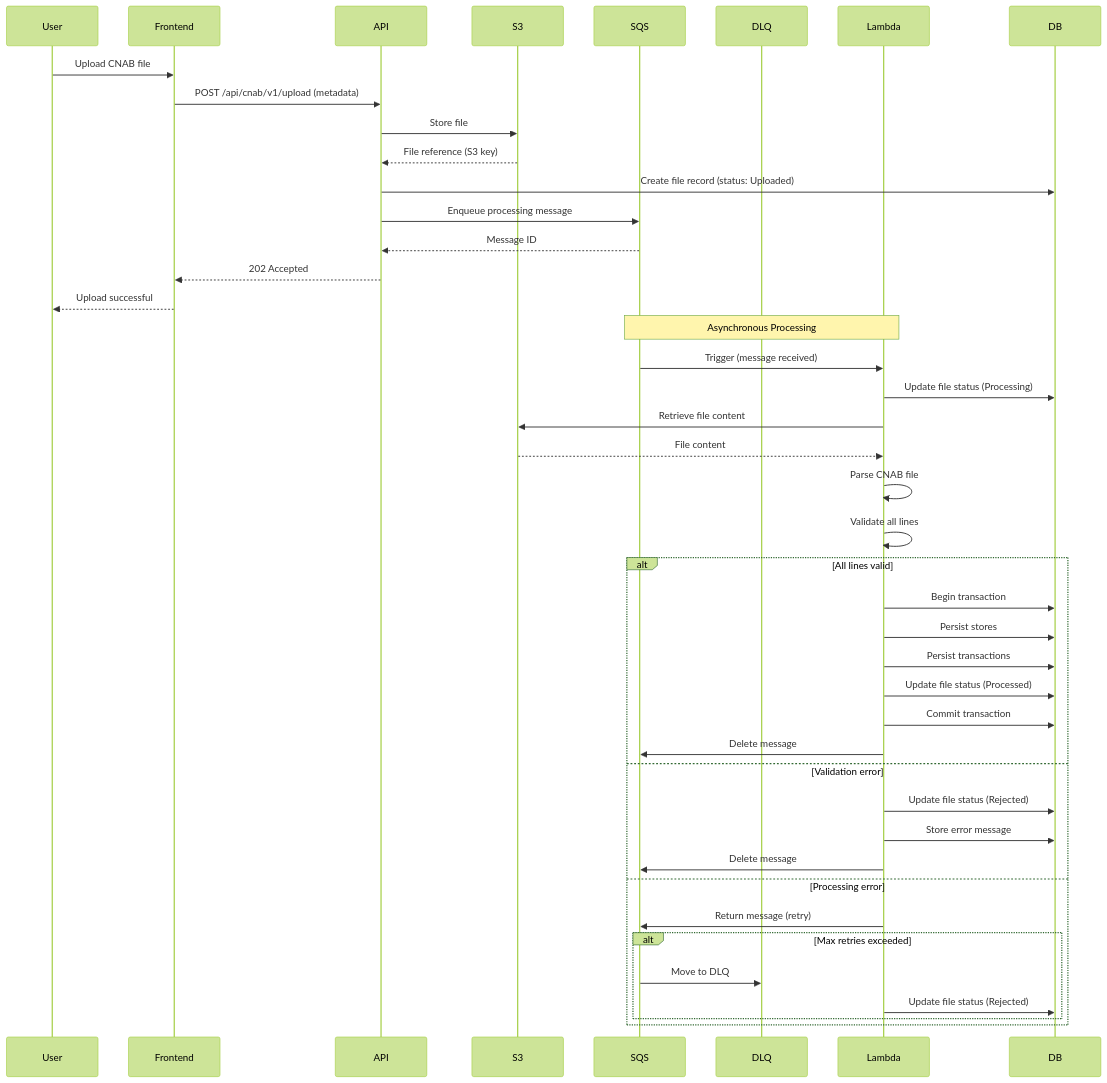
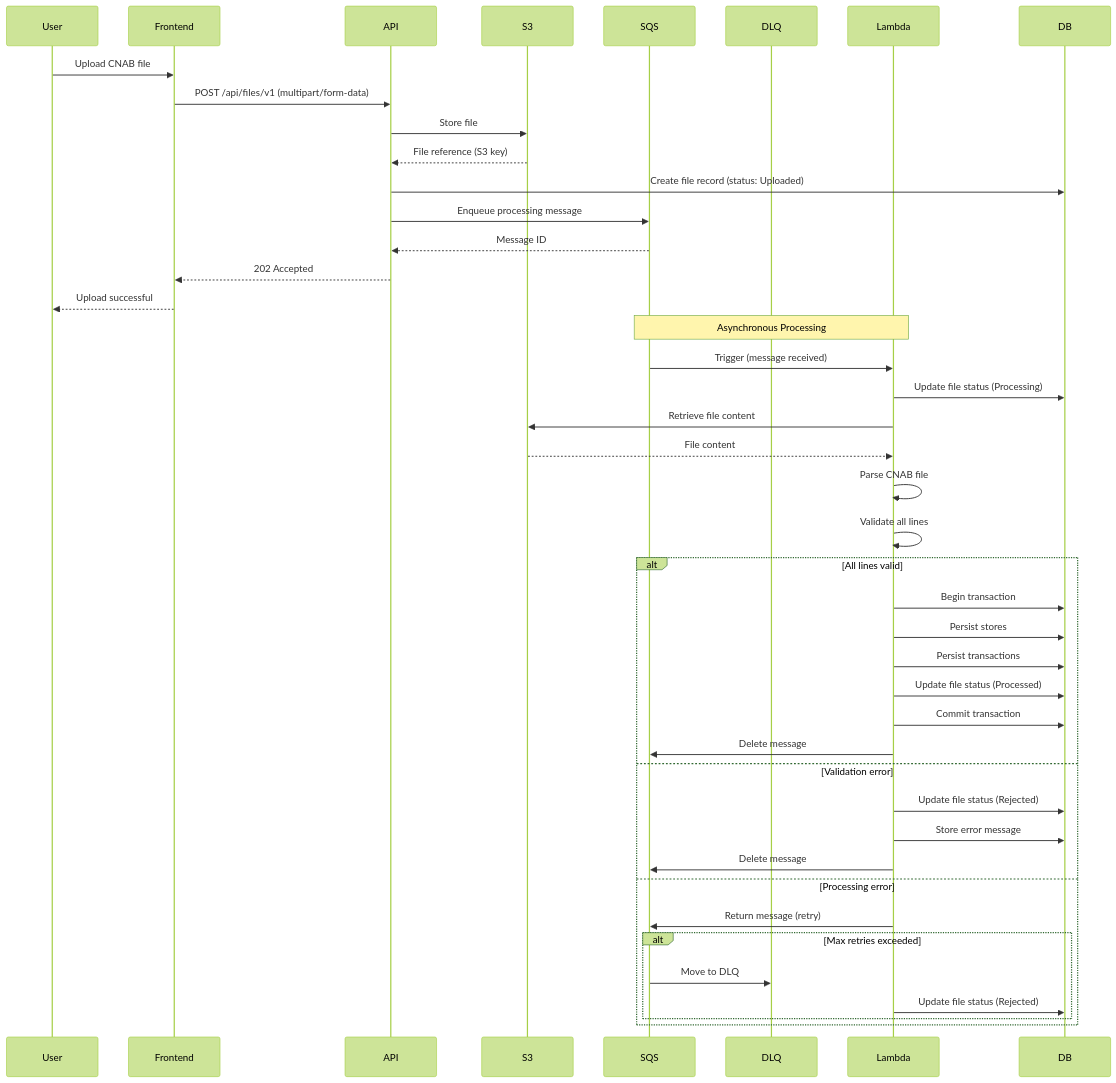
The diagram in docs/async-processing.md (1FabricioAntunes/backend-challenge), drawn with Mermaid (forest theme) before and after one commit. The commit also changed 6 other files, not shown here.

Commit message:
feat: update API endpoint for file upload to /api/files/v1

````diff
--- a/docs/async-processing.md
+++ b/docs/async-processing.md
@@ -18,53 +18,53 @@
 ```mermaid
 sequenceDiagram
     participant User
     participant Frontend
     participant API
     participant S3
     participant SQS
     participant DLQ
     participant Lambda
     participant DB
 
     User->>Frontend: Upload CNAB file
-    Frontend->>API: POST /api/cnab/v1/upload (metadata)
+    Frontend->>API: POST /api/files/v1 (multipart/form-data)
     
     API->>S3: Store file
     S3-->>API: File reference (S3 key)
     
     API->>DB: Create file record (status: Uploaded)
     API->>SQS: Enqueue processing message
     SQS-->>API: Message ID
     
     API-->>Frontend: 202 Accepted
     Frontend-->>User: Upload successful
     
     Note over SQS,Lambda: Asynchronous Processing
     
     SQS->>Lambda: Trigger (message received)
     Lambda->>DB: Update file status (Processing)
     Lambda->>S3: Retrieve file content
     S3-->>Lambda: File content
     
     Lambda->>Lambda: Parse CNAB file
     Lambda->>Lambda: Validate all lines
     
     alt All lines valid
         Lambda->>DB: Begin transaction
         Lambda->>DB: Persist stores
         Lambda->>DB: Persist transactions
         Lambda->>DB: Update file status (Processed)
         Lambda->>DB: Commit transaction
         Lambda->>SQS: Delete message
     else Validation error
         Lambda->>DB: Update file status (Rejected)
         Lambda->>DB: Store error message
         Lambda->>SQS: Delete message
     else Processing error
         Lambda->>SQS: Return message (retry)
         alt Max retries exceeded
             SQS->>DLQ: Move to DLQ
             Lambda->>DB: Update file status (Rejected)
         end
     end
 ```
````
